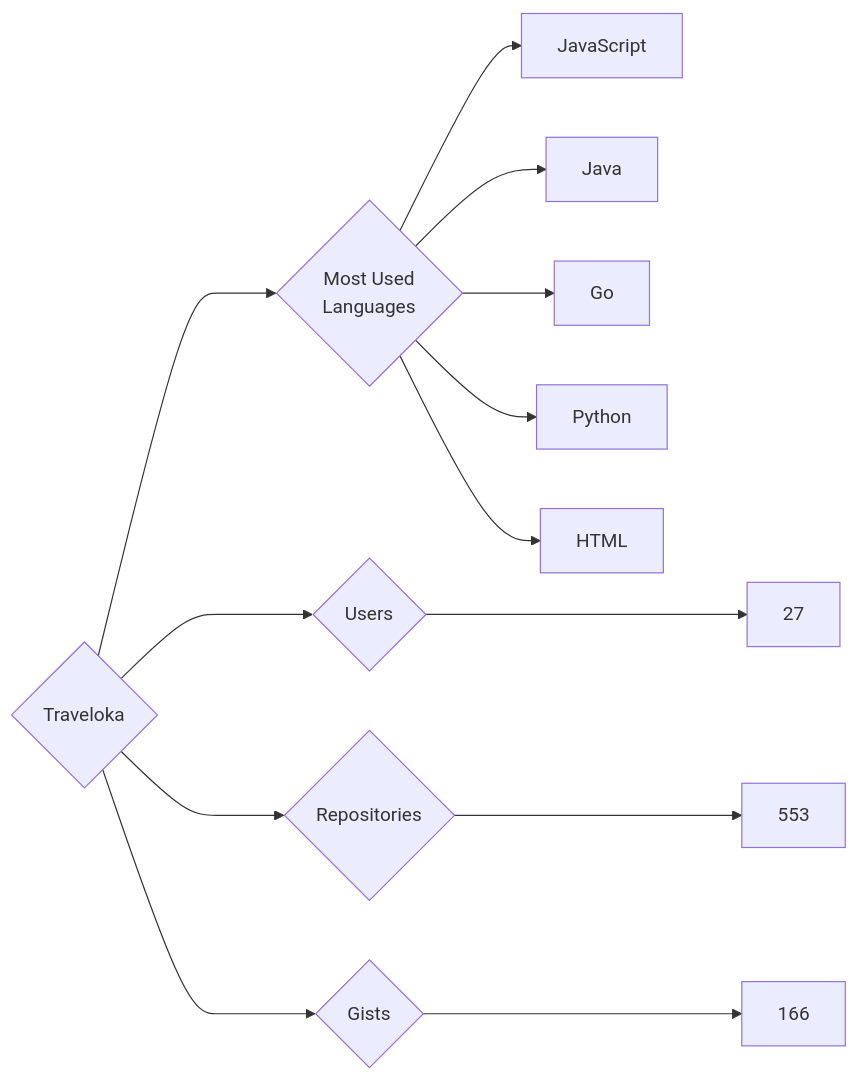
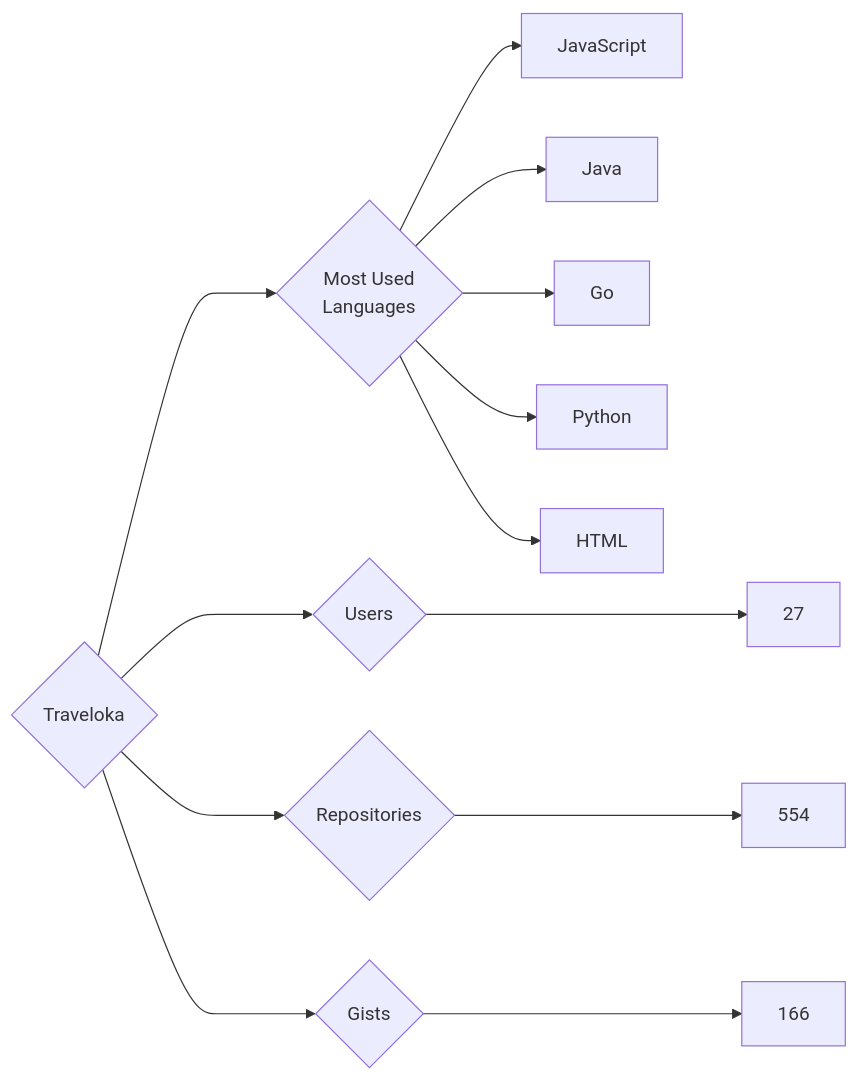
Before and after one commit to trickest/insiders: the diagram in targets/Traveloka/README.md, drawn with Mermaid. The commit also changed 928 other files, not shown here.

````diff
--- a/targets/Traveloka/README.md
+++ b/targets/Traveloka/README.md
@@ -3,13 +3,13 @@
 ```mermaid
 graph LR
 COMPANY_NAME{Traveloka}
 COMPANY_NAME ---> U{Users} ---> UN[27]
-COMPANY_NAME ---> R{Repositories} ---> RN[553]
+COMPANY_NAME ---> R{Repositories} ---> RN[554]
 COMPANY_NAME ---> G{Gists} ---> GN[166]
 COMPANY_NAME ---> ML{Most Used<br>Languages}
 ML --> JavaScript[JavaScript]
 ML --> Java[Java]
 ML --> Go[Go]
 ML --> Python[Python]
 ML --> HTML[HTML]
 ```
````
